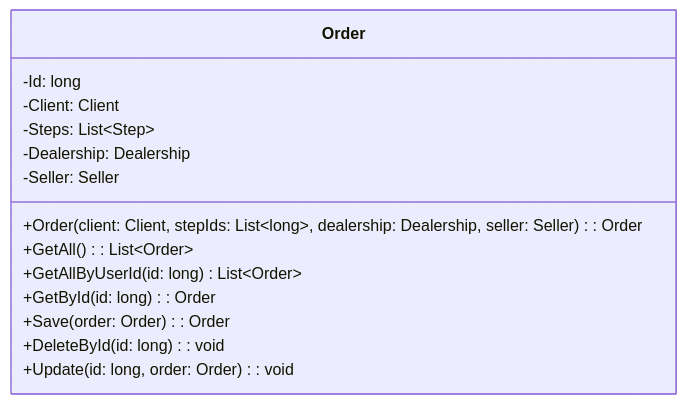
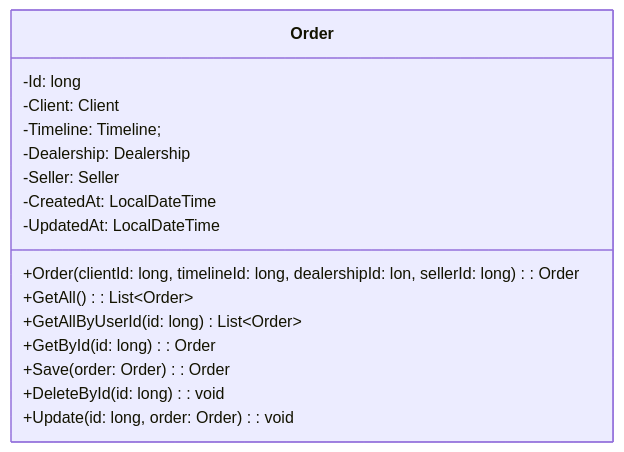
One commit to AndreLucas0/diagrama-de-classes-projeto-integrador changed diagram 17 of 18 in Classes.md. Above: the diagram before and after it, drawn with Mermaid. The commit also changed other lines of this file, not shown here.

Commit message:
atributos createdAt updatedAt

````diff
--- a/Classes.md
+++ b/Classes.md
@@ -264,17 +286,19 @@
 ```mermaid
 classDiagram
     class Order {
         -Id: long
         -Client: Client
-        -Steps: List&lt;Step&gt;
+        -Timeline: Timeline;
         -Dealership: Dealership
         -Seller: Seller
-        +Order (client: Client, stepIds: List&lt;long&gt;, dealership: Dealership, seller: Seller): Order
+        -CreatedAt: LocalDateTime
+        -UpdatedAt: LocalDateTime
+        +Order (clientId: long, timelineId: long, dealershipId: lon, sellerId: long): Order
         +GetAll (): List&lt;Order&gt;
         +GetAllByUserId (id: long) List&lt;Order&gt;
         +GetById (id: long): Order
         +Save (order: Order): Order
         +DeleteById (id: long): void
         +Update (id: long, order: Order): void
     }
 ```
````
